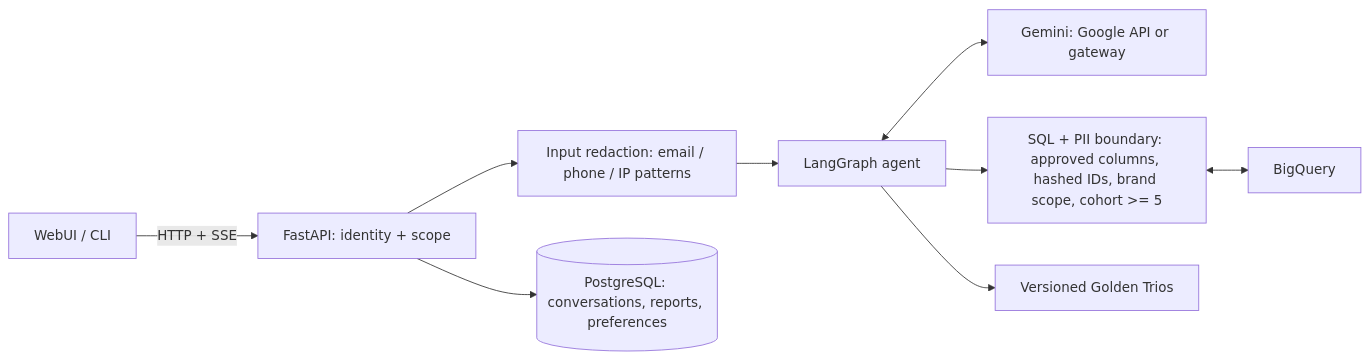
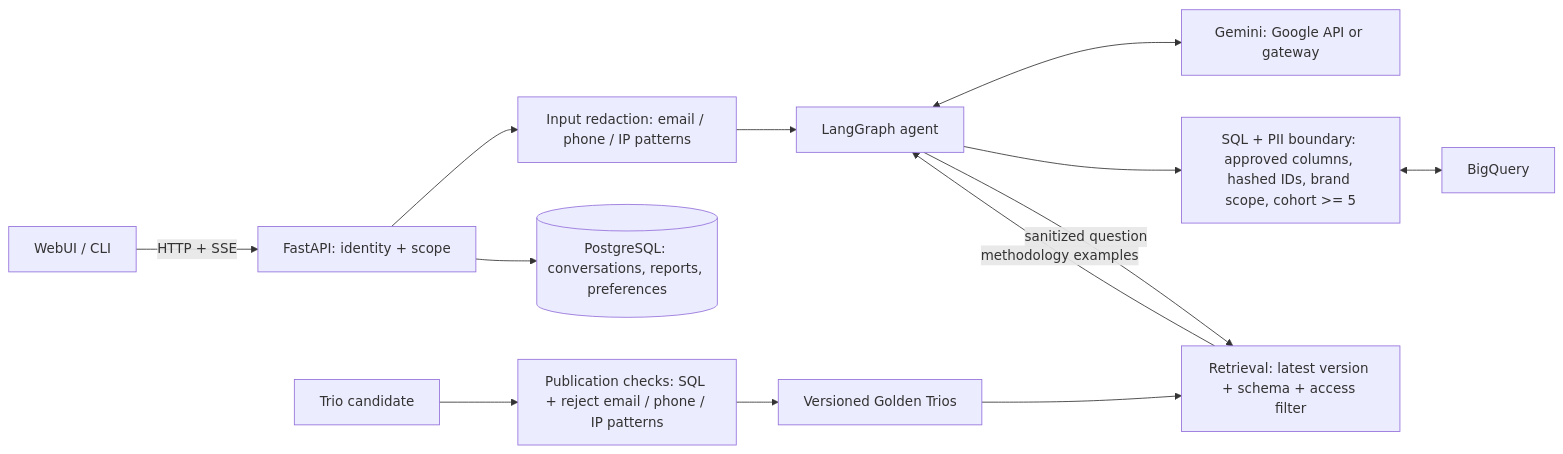
One commit to ottergottaott/retail-text-to-sql changed the diagram in docs/architecture.md. Above: the diagram before and after it, drawn with Mermaid. The commit also changed other lines of this file and 1 other file, not shown here.

Commit message:
Clarify Golden Trio publication and retrieval privacy boundaries

````diff
--- a/docs/architecture.md
+++ b/docs/architecture.md
@@ -6,11 +6,15 @@
 ```mermaid
 flowchart LR
   UI[WebUI / CLI] -->|HTTP + SSE| API[FastAPI: identity + scope]
   API --> Input[Input redaction: email / phone / IP patterns]
   Input --> Agent[LangGraph agent]
   Agent <--> Model[Gemini: Google API or gateway]
   Agent --> SQL[SQL + PII boundary: approved columns, hashed IDs, brand scope, cohort >= 5]
   SQL <--> BQ[BigQuery]
-  Agent --> RAG[Versioned Golden Trios]
+  Candidate[Trio candidate] --> Gate[Publication checks: SQL + reject email / phone / IP patterns]
+  Gate --> RAG[Versioned Golden Trios]
+  Agent -->|sanitized question| Retrieval[Retrieval: latest version + schema + access filter]
+  RAG --> Retrieval
+  Retrieval -->|methodology examples| Agent
   API --> DB[(PostgreSQL: conversations, reports, preferences)]
 ```
````
